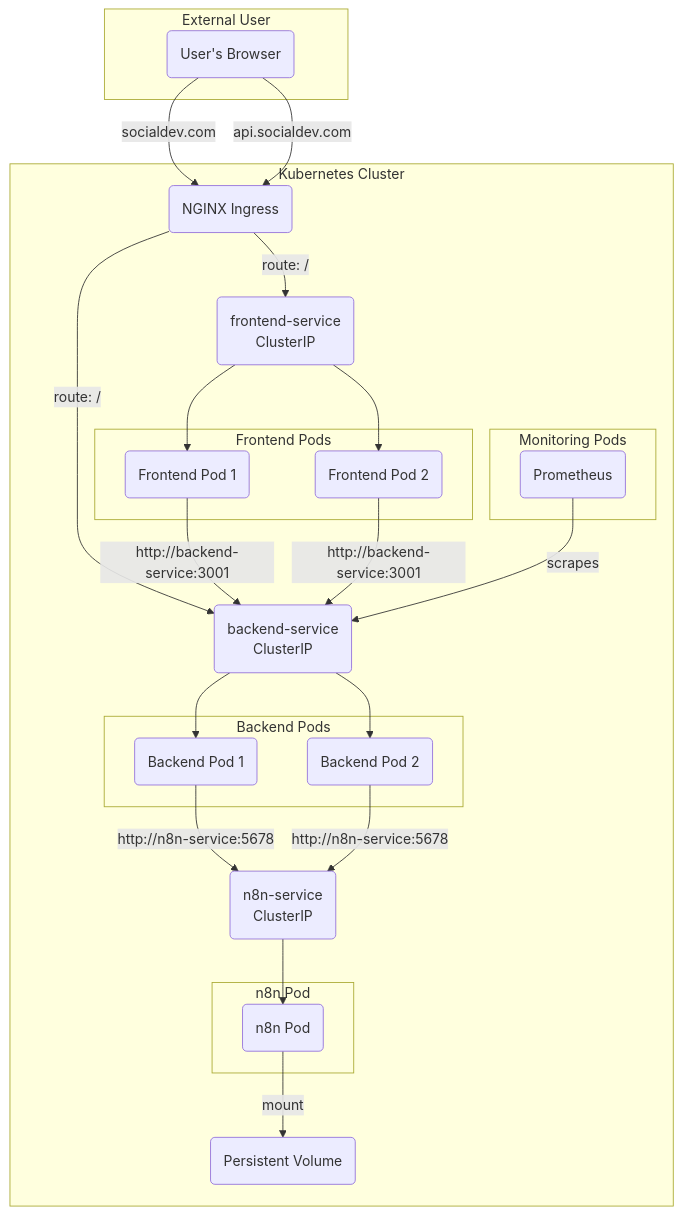
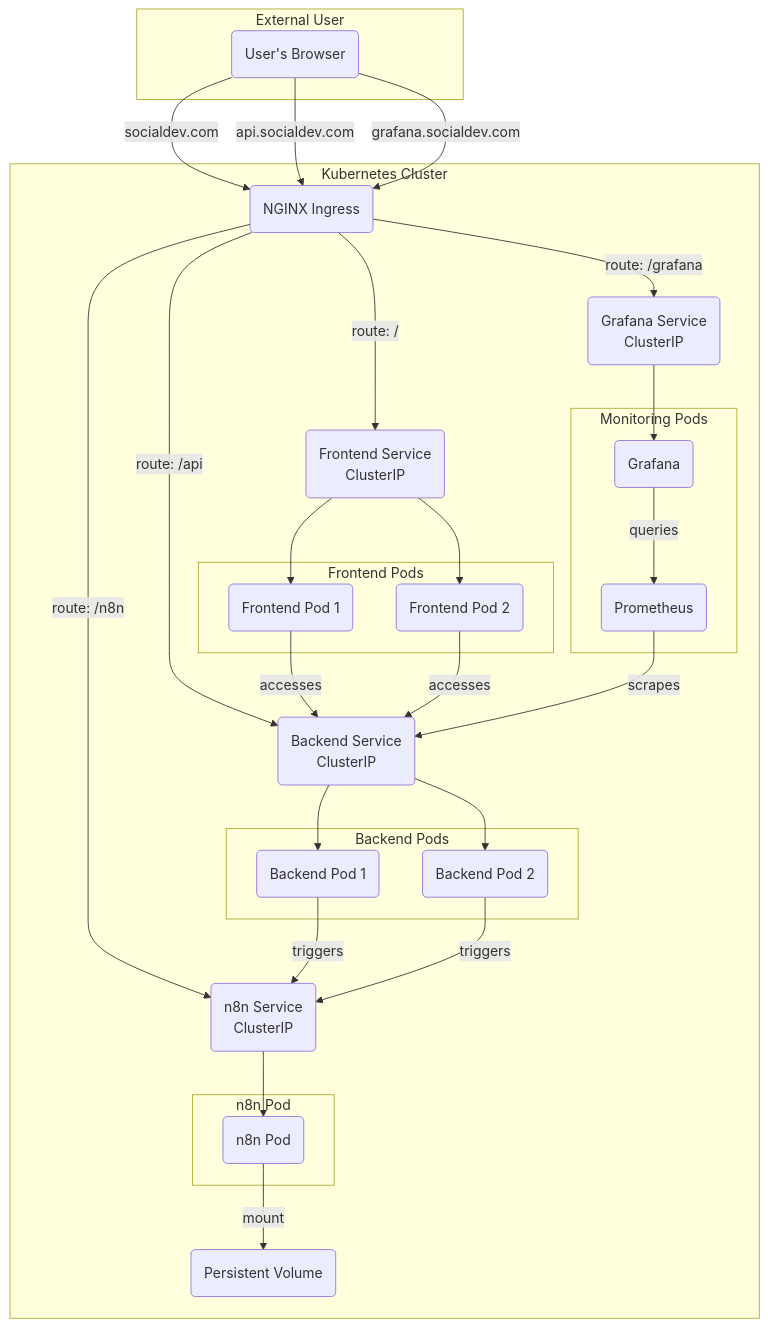
Before and after one commit to dev-ahmed-abdelmohsen/DEPI-Round3-Project: the first of 2 diagrams in docs/KUBERNETES.md, drawn with Mermaid.

Commit message:
Add Grafana to Kubernetes architecture diagram
Updated the architecture diagram in KUBERNETES.md to include Grafana pod and service, ingress routing for Grafana, and clarified several connection labels for improved readability.

````diff
--- a/docs/KUBERNETES.md
+++ b/docs/KUBERNETES.md
@@ -54,56 +54,75 @@
 ```mermaid
 graph TD
     subgraph "External User"
         User(User's Browser)
     end
 
     subgraph "Kubernetes Cluster"
         Ingress(NGINX Ingress)
 
         subgraph "Frontend Pods"
             F1(Frontend Pod 1)
             F2(Frontend Pod 2)
         end
 
         subgraph "Backend Pods"
             B1(Backend Pod 1)
             B2(Backend Pod 2)
         end
 
         subgraph "n8n Pod"
             N8n(n8n Pod)
         end
         
         subgraph "Monitoring Pods"
            Prometheus(Prometheus)
+           Grafana(Grafana)
+           %% Added Grafana Pod
         end
 
-        FrontendSvc(frontend-service<br>ClusterIP)
-        BackendSvc(backend-service<br>ClusterIP)
-        N8nSvc(n8n-service<br>ClusterIP)
+        FrontendSvc(Frontend Service<br>ClusterIP)
+        BackendSvc(Backend Service<br>ClusterIP)
+        N8nSvc(n8n Service<br>ClusterIP)
+        GrafanaSvc(Grafana Service<br>ClusterIP)
+        %% Added Grafana Service
         PV(Persistent Volume)
     end
     
     User -- "socialdev.com" --> Ingress
     User -- "api.socialdev.com" --> Ingress
+    User -- "grafana.socialdev.com" --> Ingress
+    %% New: User to Ingress for Grafana
 
     Ingress -- "route: /" --> FrontendSvc
-    Ingress -- "route: /" --> BackendSvc
+    Ingress -- "route: /api" --> BackendSvc
+    %% Updated label
+    Ingress -- "route: /n8n" --> N8nSvc
+    %% Updated label
+    Ingress -- "route: /grafana" --> GrafanaSvc
+    %% New: Ingress to Grafana Service
     
     FrontendSvc --> F1
     FrontendSvc --> F2
 
     BackendSvc --> B1
     BackendSvc --> B2
     
-    F1 -- "http://backend-service:3001" --> BackendSvc
-    F2 -- "http://backend-service:3001" --> BackendSvc
+    F1 -- "accesses" --> BackendSvc
+    %% Clarified label
+    F2 -- "accesses" --> BackendSvc
+    %% Clarified label
 
-    B1 -- "http://n8n-service:5678" --> N8nSvc
-    B2 -- "http://n8n-service:5678" --> N8nSvc
+    B1 -- "triggers" --> N8nSvc
+    %% Clarified label
+    B2 -- "triggers" --> N8nSvc
+    %% Clarified label
     
     N8nSvc --> N8n
     N8n -- "mount" --> PV
 
     Prometheus -- "scrapes" --> BackendSvc
+    GrafanaSvc --> Grafana
+    %% New: Grafana Service to Grafana Pod
+    Grafana -- "queries" --> Prometheus
+    %% New: Grafana Pod to Prometheus Pod
 ```
````
